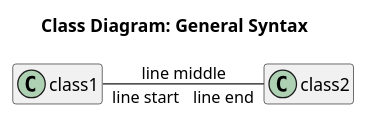
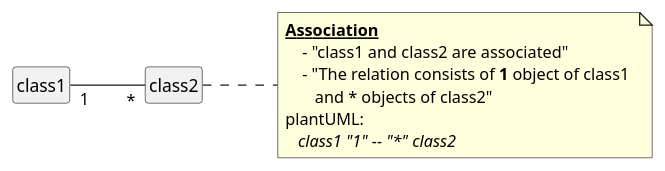
The seventh of 23 diagrams in uml_markdown_summary.md (chraxo/UmlMarkdownCheatSheet), drawn with PlantUML before and after one commit. The commit also changed other lines of this file, not shown here.

Commit message:
class diagram: further improvement

```diff
--- a/uml_markdown_summary.md
+++ b/uml_markdown_summary.md
@@ -169,14 +249,20 @@
 @startuml
-    title Class Diagram: General Syntax
-    
-    ' optional switch to set the diagram orientation:
+    skinparam classFontName Consolas
+    skinparam classAttributeFontName Consolas
+    skinparam noteFontName Consolas
+
+    hide empty members
     left to right direction
+    skinparam style strictuml
 
-    ' optional:
-    hide empty members
+    class1 "1" -- "*" class2
 
-    ' "as" sets an alias name, here "c2" for "class2"
-    class "class2" as c2
-
-    class1 "line start" -- "line end" c2 : line middle
+    note right 
+        **__Association__**
+            - "class1 and class2 are associated"
+            - "The relation consists of **1** object of class1 
+               and * objects of class2"
+        plantUML:
+           //class1 "1" -- "*" class2//
+    end note
 @enduml
```
